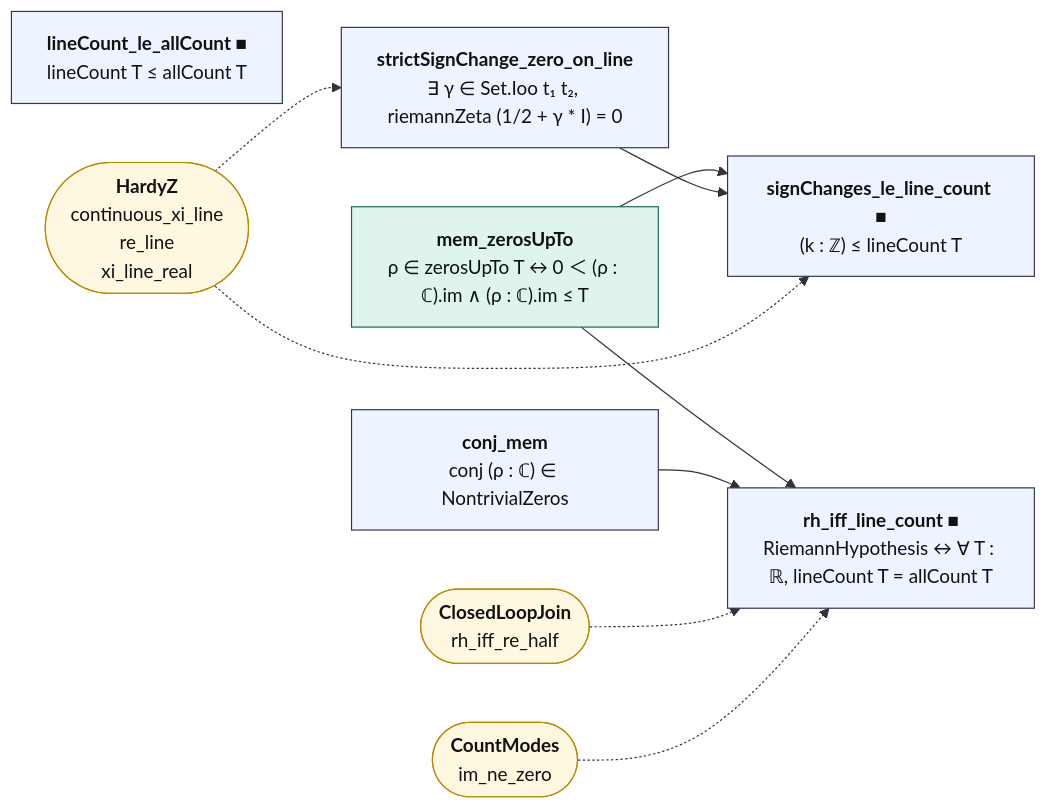
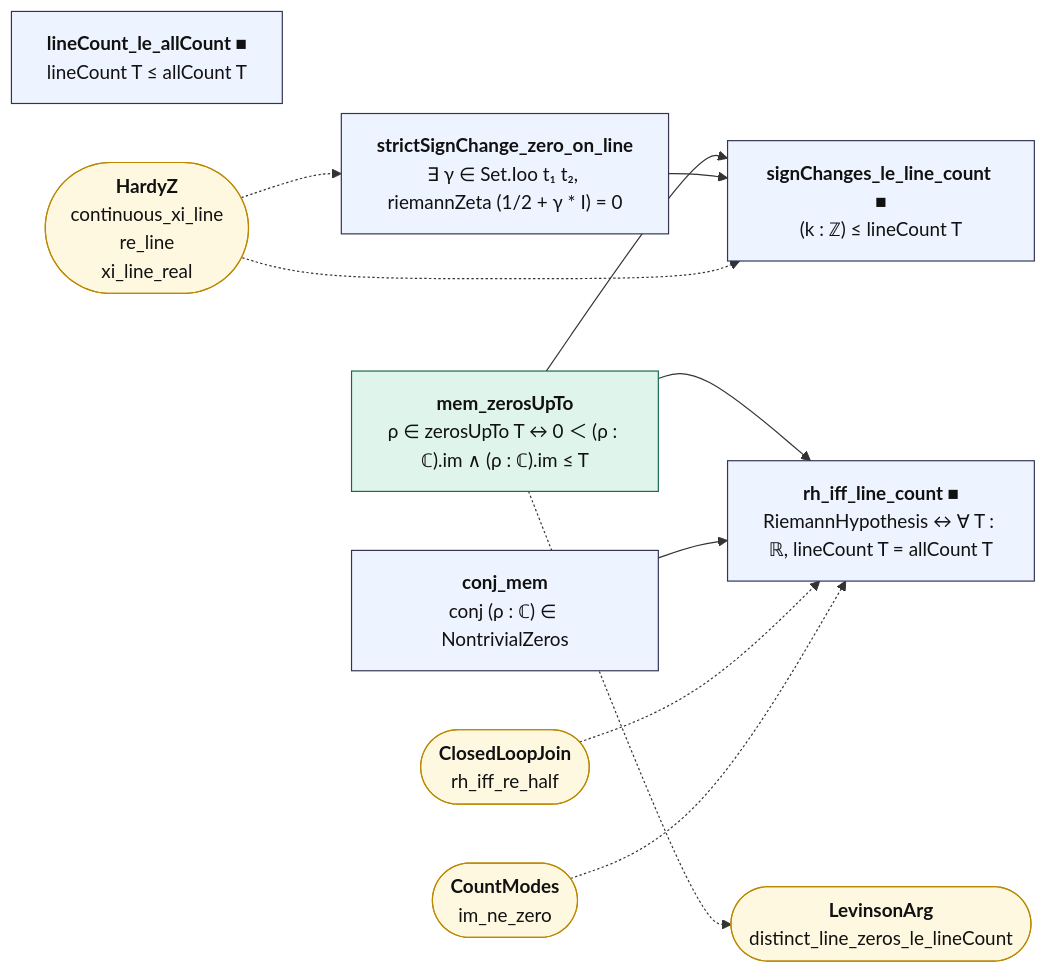
One commit to juliansambranojr/Primebeat_081426 changed the diagram in map/lean_stage3/LineCount.mmd. Above: the diagram before and after it, drawn with Mermaid. The commit also changed 15 other files, not shown here.

```diff
--- a/map/lean_stage3/LineCount.mmd
+++ b/map/lean_stage3/LineCount.mmd
@@ -1,26 +1,28 @@
 flowchart LR
   n0["<b>mem_zerosUpTo</b><br/>ρ ∈ zerosUpTo T ↔ 0 ＜ (ρ : ℂ).im ∧ (ρ : ℂ).im ≤ T"]:::cnt
   n1["<b>strictSignChange_zero_on_line</b><br/>∃ γ ∈ Set.Ioo t₁ t₂, riemannZeta (1/2 + γ * I) = 0"]:::thm
   n2["<b>conj_mem</b><br/>conj (ρ : ℂ) ∈ NontrivialZeros"]:::thm
   n3["<b>lineCount_le_allCount ■</b><br/>lineCount T ≤ allCount T"]:::thm
   n4["<b>rh_iff_line_count ■</b><br/>RiemannHypothesis ↔ ∀ T : ℝ, lineCount T = allCount T"]:::thm
   n5["<b>signChanges_le_line_count ■</b><br/>(k : ℤ) ≤ lineCount T"]:::thm
-  x0(["<b>HardyZ</b><br/>continuous_xi_line<br/>re_line<br/>xi_line_real"]):::ext
-  x1(["<b>ClosedLoopJoin</b><br/>rh_iff_re_half"]):::ext
-  x2(["<b>CountModes</b><br/>im_ne_zero"]):::ext
+  x0(["<b>LevinsonArg</b><br/>distinct_line_zeros_le_lineCount"]):::ext
+  x1(["<b>HardyZ</b><br/>continuous_xi_line<br/>re_line<br/>xi_line_real"]):::ext
+  x2(["<b>ClosedLoopJoin</b><br/>rh_iff_re_half"]):::ext
+  x3(["<b>CountModes</b><br/>im_ne_zero"]):::ext
   n0 --> n4
   n0 --> n5
   n1 --> n5
   n2 --> n4
-  x0 -.-> n1
-  x0 -.-> n5
-  x1 -.-> n4
+  n0 -.-> x0
+  x1 -.-> n1
+  x1 -.-> n5
   x2 -.-> n4
+  x3 -.-> n4
   classDef cnt fill:#dff5ec,stroke:#17694a,color:#111
   classDef shp fill:#f1ecfb,stroke:#5b3fa0,color:#111
   classDef rh fill:#ffe5e5,stroke:#c22,color:#111,stroke-width:2px
   classDef thm fill:#eef4ff,stroke:#335,color:#111
   classDef end_ fill:#e7f7e7,stroke:#2a7,color:#111,stroke-width:2px
   classDef lone fill:#fff,stroke:#999,color:#111,stroke-dasharray:4 3
   classDef bad fill:#ffe5e5,stroke:#c22,color:#111,stroke-width:2px
   classDef ext fill:#fff8e1,stroke:#b80,color:#111
```
